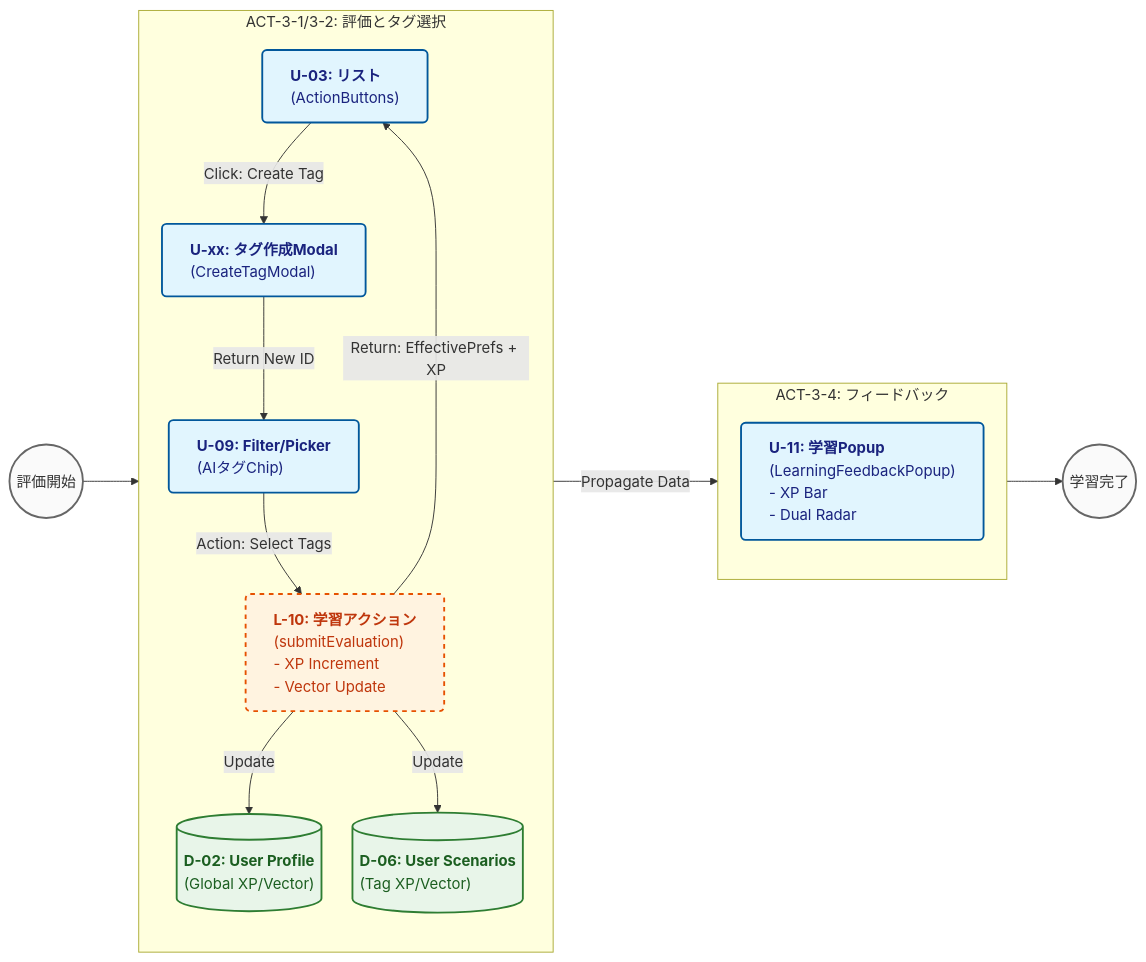
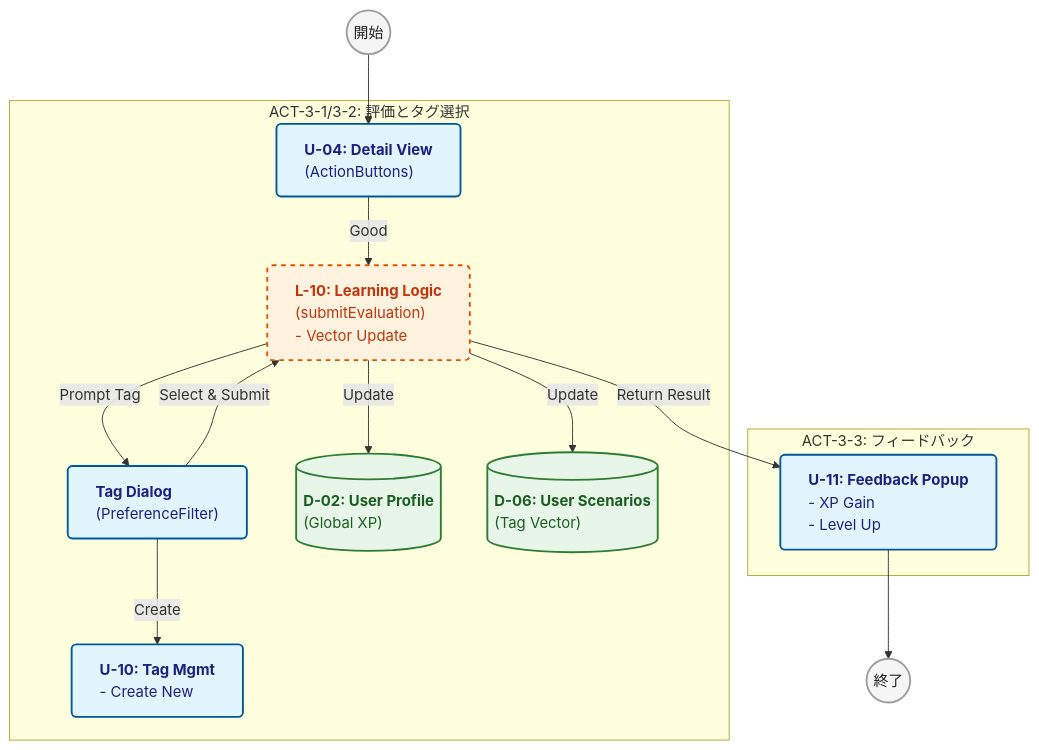
The third of 14 diagrams in docs/仕様書.md (plplbody/googlemap-reviews-AIanalyzer), drawn with Mermaid before and after one commit. The commit also changed other lines of this file and 25 other files, not shown here.

````diff
--- a/docs/仕様書.md
+++ b/docs/仕様書.md
@@ -454,49 +476,37 @@
 ```mermaid
-%%{init: {'flowchart': {'useMaxWidth': false, 'rankSpacing': 60, 'nodeSpacing': 30}}}%%
-flowchart LR
-    %% Definitions
+flowchart TD
+    %% Define Classes
     classDef ui fill:#e1f5fe,stroke:#01579b,stroke-width:2px,rx:5,ry:5,color:#1a237e,text-align:left
+    classDef comp fill:#f9fbe7,stroke:#827717,stroke-width:2px,rx:5,ry:5,color:#33691e,text-align:left
     classDef logic fill:#fff3e0,stroke:#e65100,stroke-width:2px,stroke-dasharray: 5 5,rx:5,ry:5,color:#bf360c,text-align:left
     classDef db fill:#e8f5e9,stroke:#2e7d32,stroke-width:2px,rx:0,ry:0,color:#1b5e20,text-align:left
-    classDef startend fill:#fafafa,stroke:#666,stroke-width:2px,rx:20,ry:20,color:#333
+    classDef startend fill:#f5f5f5,stroke:#9e9e9e,stroke-width:2px,rx:50,ry:50,color:#212121
 
-    %% Start/End
-    S3_Start((評価開始)):::startend
-    S3_End((学習完了)):::startend
+    S3_Start((開始)):::startend
+    S3_End((終了)):::startend
 
     subgraph ACT_3_1 ["ACT-3-1/3-2: 評価とタグ選択"]
-        direction TB
-        U_List["<b>U-03: リスト</b><br/>(ActionButtons)"]:::ui
-        U_Modal["<b>U-xx: タグ作成Modal</b><br/>(CreateTagModal)"]:::ui
-        U_Picker["<b>U-09: Filter/Picker</b><br/>(AIタグChip)"]:::ui
+        U_04["<b>U-04: Detail View</b><br/>(ActionButtons)"]:::ui
+        U_TagDialog["<b>Tag Dialog</b><br/>(PreferenceFilter)"]:::ui
+        U_10["<b>U-10: Tag Mgmt</b><br/>- Create New"]:::ui
         
-        L_10["<b>L-10: 学習アクション</b><br/>(submitEvaluation)<br/>- XP Increment<br/>- Vector Update"]:::logic
-        
-        D_02[("<b>D-02: User Profile</b><br/>(Global XP/Vector)")]:::db
-        D_06[("<b>D-06: User Scenarios</b><br/>(Tag XP/Vector)")]:::db
+        L_10["<b>L-10: Learning Logic</b><br/>(submitEvaluation)<br/>- Vector Update"]:::logic
+        D_02[("<b>D-02: User Profile</b><br/>(Global XP)")]:::db
+        D_06[("<b>D-06: User Scenarios</b><br/>(Tag Vector)")]:::db
+
+        U_04 -- "Good" --> L_10
+        L_10 -- "Prompt Tag" --> U_TagDialog
+        U_TagDialog -- "Create" --> U_10
+        U_TagDialog -- "Select & Submit" --> L_10
+        L_10 -- "Update" --> D_02
+        L_10 -- "Update" --> D_06
     end
 
-    subgraph ACT_3_4 ["ACT-3-4: フィードバック"]
-        direction TB
-        U_11["<b>U-11: 学習Popup</b><br/>(LearningFeedbackPopup)<br/>- XP Bar<br/>- Dual Radar"]:::ui
+    subgraph ACT_3_3 ["ACT-3-3: フィードバック"]
+        U_11["<b>U-11: Feedback Popup</b><br/>- XP Gain<br/>- Level Up"]:::ui
+        L_10 -- "Return Result" --> U_11
     end
 
-    %% Flows - Phase 1: Interaction
-    S3_Start --> U_List
-    U_List -- "Click: Create Tag" --> U_Modal
-    U_Modal -- "Return New ID" --> U_Picker
-    
-    %% Flows - Phase 2: Submission
-    U_Picker -- "Action: Select Tags" --> L_10
-    
-    %% Flows - Phase 3: Processing
-    L_10 -- "Update" --> D_02
-    L_10 -- "Update" --> D_06
-    
-    %% Flows - Phase 4: Feedback
-    L_10 -- "Return: EffectivePrefs + XP" --> U_List
-    U_List -- "Propagate Data" --> U_11
+    S3_Start --> U_04
     U_11 --> S3_End
-
-    
 ```
````
